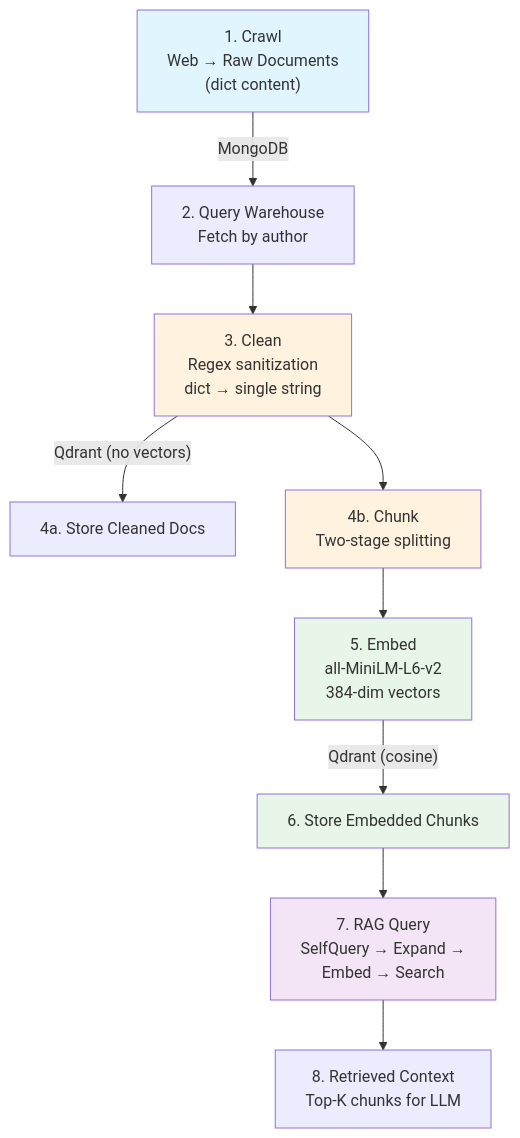
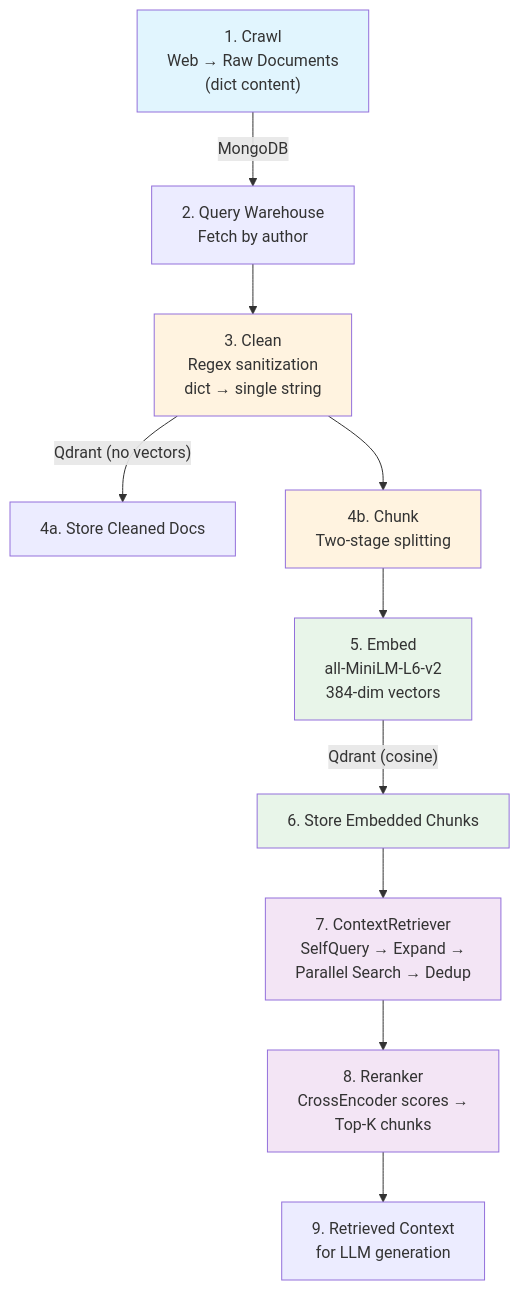
One commit to sh-arka22/MoodSwarm-LLM changed diagram 12 of 12 in README.md. Above: the diagram before and after it, drawn with Mermaid. The commit also changed other lines of this file and 2 other files, not shown here.

Commit message:
rag-reranking-retriever

````diff
--- a/README.md
+++ b/README.md
@@ -822,18 +854,20 @@
 ```mermaid
 flowchart TD
     A["1. Crawl<br/>Web → Raw Documents<br/>(dict content)"] -->|"MongoDB"| B["2. Query Warehouse<br/>Fetch by author"]
     B --> C["3. Clean<br/>Regex sanitization<br/>dict → single string"]
     C -->|"Qdrant (no vectors)"| D["4a. Store Cleaned Docs"]
     C --> E["4b. Chunk<br/>Two-stage splitting"]
     E --> F["5. Embed<br/>all-MiniLM-L6-v2<br/>384-dim vectors"]
     F -->|"Qdrant (cosine)"| G["6. Store Embedded Chunks"]
-    G --> H["7. RAG Query<br/>SelfQuery → Expand →<br/>Embed → Search"]
-    H --> I["8. Retrieved Context<br/>Top-K chunks for LLM"]
+    G --> H["7. ContextRetriever<br/>SelfQuery → Expand →<br/>Parallel Search → Dedup"]
+    H --> I["8. Reranker<br/>CrossEncoder scores →<br/>Top-K chunks"]
+    I --> J["9. Retrieved Context<br/>for LLM generation"]
 
     style A fill:#e1f5fe
     style C fill:#fff3e0
     style E fill:#fff3e0
     style F fill:#e8f5e9
     style G fill:#e8f5e9
     style H fill:#f3e5f5
+    style I fill:#f3e5f5
 ```
````
